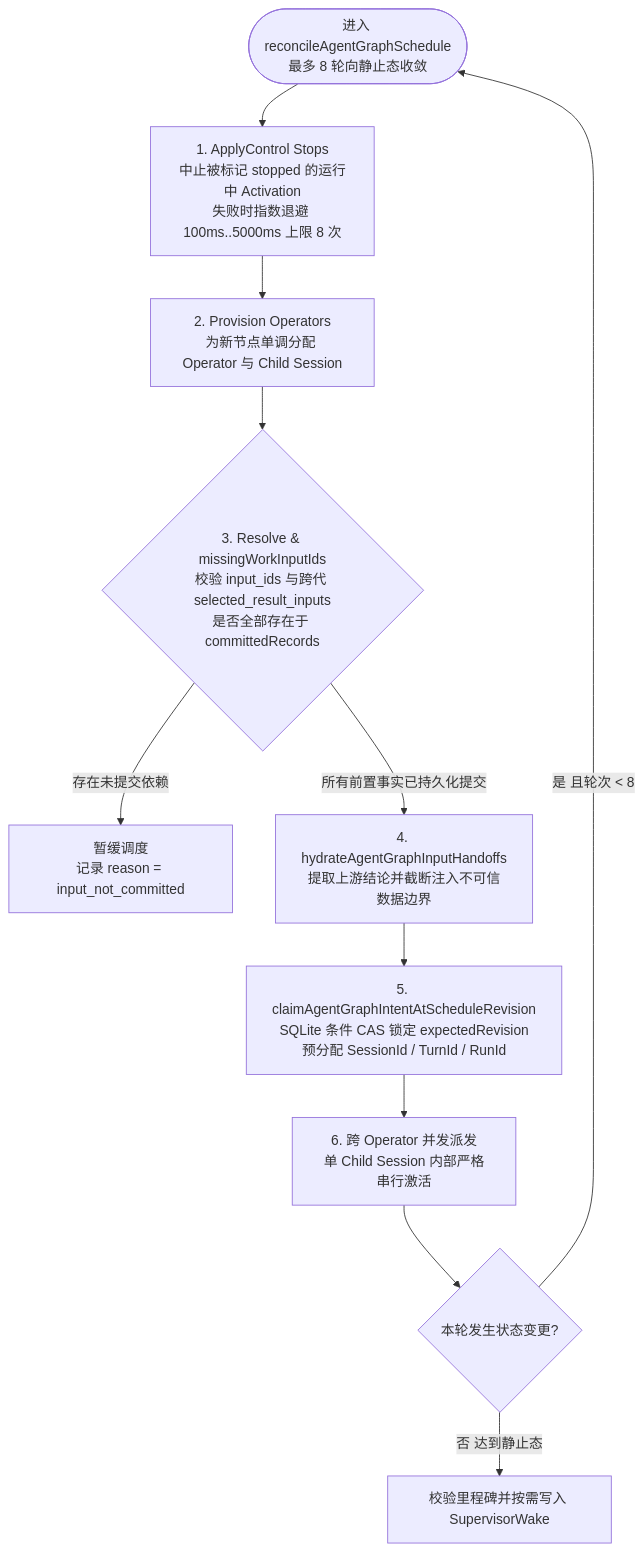
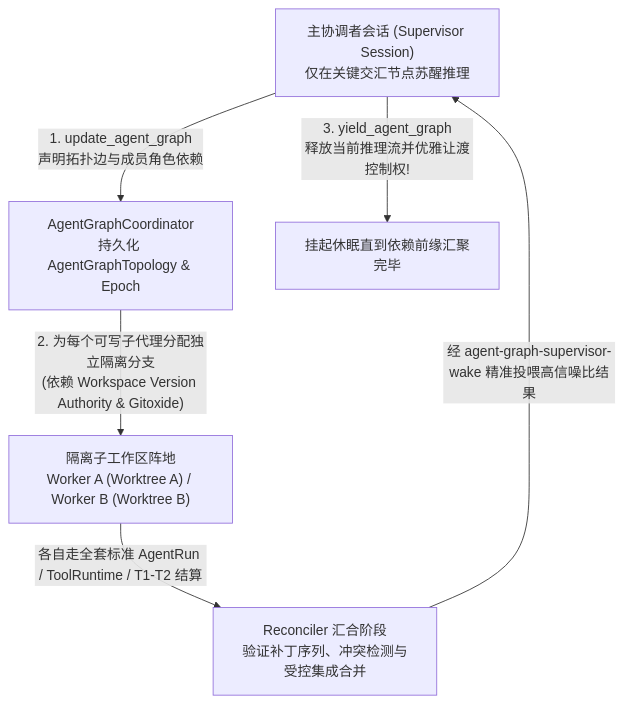
The diagram in maka-agent-infra/05-coordination/agent-graph.md (suger-m/agent-infrastructure-docs), drawn with Mermaid before and after one commit. The commit also changed other lines of this file and 33 other files, not shown here.

Commit message:
docs(ts): overhaul all 32 TS architecture chapters in razor-sharp microkernel style & polish Rust foundations

````diff
--- a/maka-agent-infra/05-coordination/agent-graph.md
+++ b/maka-agent-infra/05-coordination/agent-graph.md
@@ -65,13 +20,8 @@
 ```mermaid
-flowchart TD
-    Start(["进入 reconcileAgentGraphSchedule<br/>最多 8 轮向静止态收敛"]) --> Stops["1. ApplyControl Stops<br/>中止被标记 stopped 的运行中 Activation<br/>失败时指数退避 100ms..5000ms 上限 8 次"]
-    Stops --> Provision["2. Provision Operators<br/>为新节点单调分配 Operator 与 Child Session"]
-    Provision --> Deps{"3. Resolve &amp; missingWorkInputIds<br/>校验 input_ids 与跨代 selected_result_inputs<br/>是否全部存在于 committedRecords"}
-    Deps -->|"存在未提交依赖"| Defer["暂缓调度<br/>记录 reason = input_not_committed"]
-    Deps -->|"所有前置事实已持久化提交"| Hydrate["4. hydrateAgentGraphInputHandoffs<br/>提取上游结论并截断注入不可信数据边界"]
-    Hydrate --> Claim["5. claimAgentGraphIntentAtScheduleRevision<br/>SQLite 条件 CAS 锁定 expectedRevision<br/>预分配 SessionId / TurnId / RunId"]
-    Claim --> Dispatch["6. 跨 Operator 并发派发<br/>单 Child Session 内部严格串行激活"]
-    Dispatch --> Changed{"本轮发生状态变更?"}
-    Changed -->|"是 且轮次 &lt; 8"| Start
-    Changed -->|"否 达到静止态"| WakeCheck["校验里程碑并按需写入 SupervisorWake"]
+flowchart TB
+    Sup["主协调者会话 (Supervisor Session)<br/>仅在关键交汇节点苏醒推理"] -->|"1. update_agent_graph<br/>声明拓扑边与成员角色依赖"| GraphCoord["AgentGraphCoordinator<br/>持久化 AgentGraphTopology & Epoch"]
+    GraphCoord -->|"2. 为每个可写子代理分配独立隔离分支<br/>(依赖 Workspace Version Authority & Gitoxide)"| WTs["隔离子工作区阵地<br/>Worker A (Worktree A) / Worker B (Worktree B)"]
+    Sup -->|"3. yield_agent_graph<br/>释放当前推理流并优雅让渡控制权!"| Wait["挂起休眠直到依赖前缘汇聚完毕"]
+    WTs -->|"各自走全套标准 AgentRun / ToolRuntime / T1-T2 结算"| Merge["Reconciler 汇合阶段<br/>验证补丁序列、冲突检测与受控集成合并"]
+    Merge -->|"经 agent-graph-supervisor-wake 精准投喂高信噪比结果"| Sup
 ```
````
